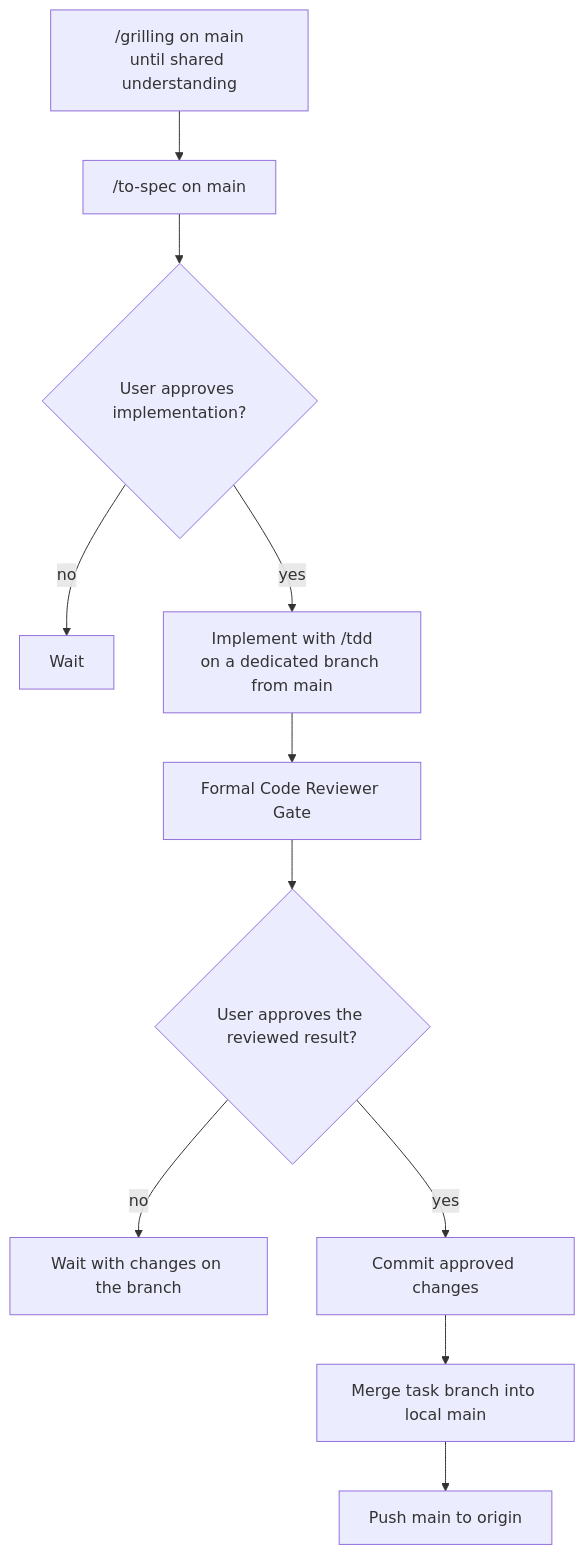
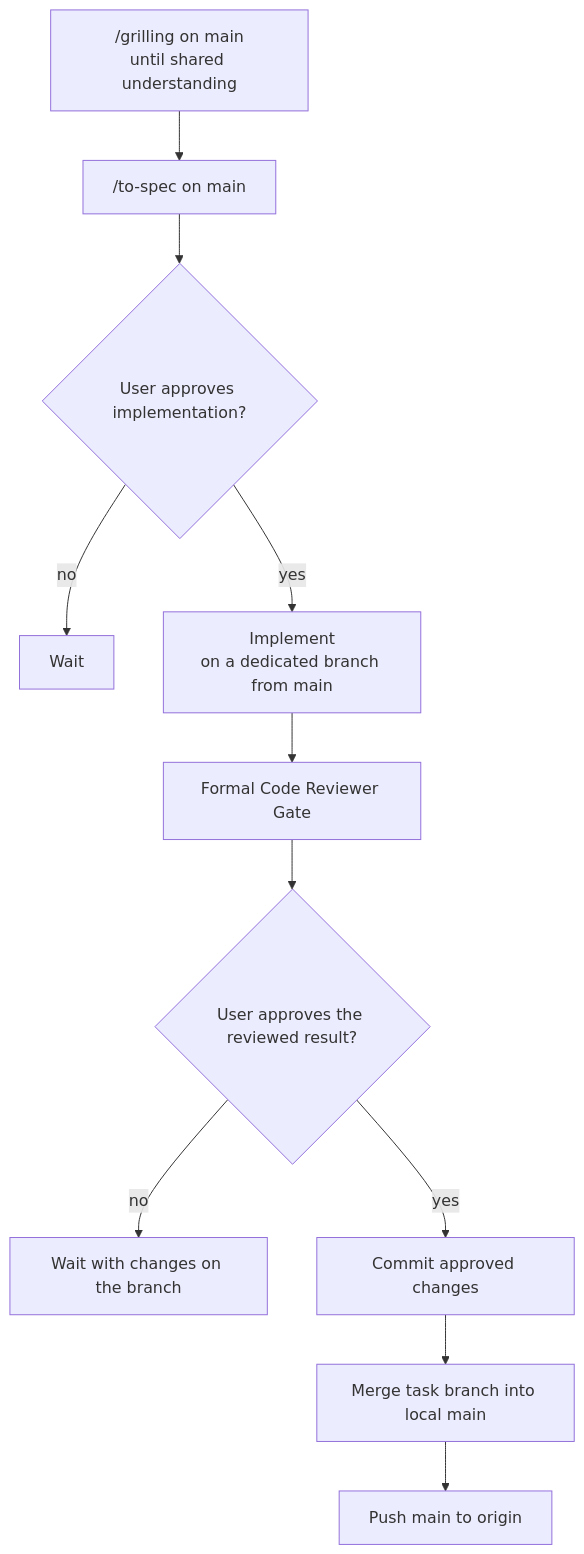
One commit to fagnermourafeitosa/chokepoint-admin changed the diagram in AGENTS.md. Above: the diagram before and after it, drawn with Mermaid. The commit also changed other lines of this file and 7 other files, not shown here.

````diff
--- a/AGENTS.md
+++ b/AGENTS.md
@@ -41,13 +41,13 @@
 ```mermaid
 flowchart TD
     G["/grilling on main<br/>until shared understanding"] --> S["/to-spec on main"]
     S --> A{"User approves implementation?"}
     A -- no --> W1["Wait"]
-    A -- yes --> I["Implement with /tdd<br/>on a dedicated branch from main"]
+    A -- yes --> I["Implement<br/>on a dedicated branch from main"]
     I --> R["Formal Code Reviewer Gate"]
     R --> C{"User approves the reviewed result?"}
     C -- no --> W2["Wait with changes on the branch"]
     C -- yes --> Commit["Commit approved changes"]
     Commit --> Merge["Merge task branch into local main"]
     Merge --> Push["Push main to origin"]
 ```
````
